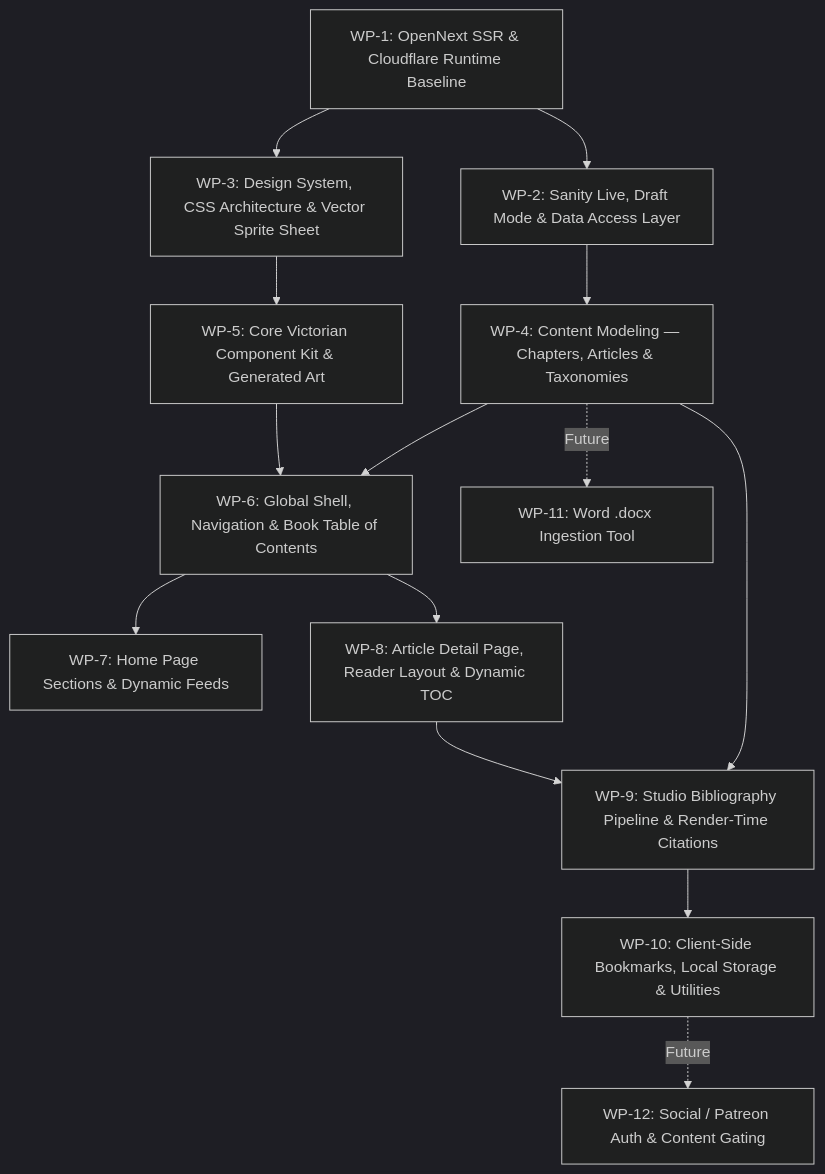
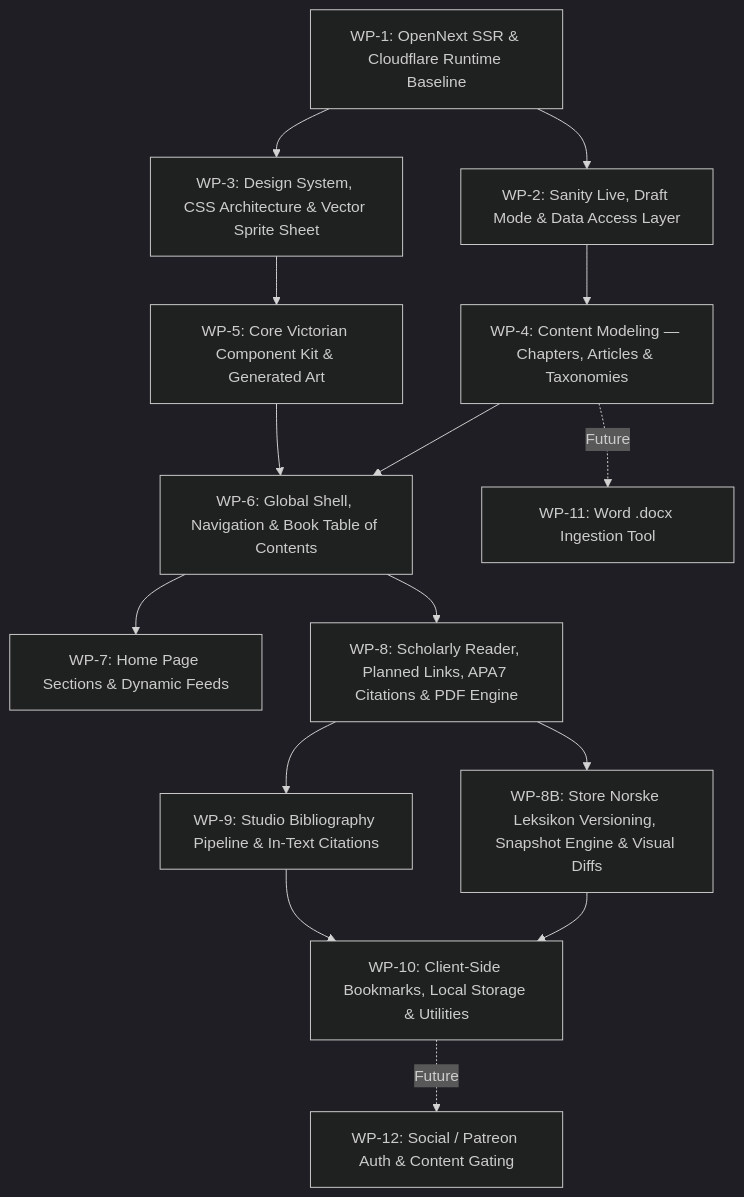
One commit to magneb/biotech-knowledge-blog changed the diagram in BACKLOG.md. Above: the diagram before and after it, drawn with Mermaid (dark theme). The commit also changed other lines of this file and 1 other file, not shown here.

Commit message:
docs: formalize WP-8 and WP-8B architecture, versioning, citations, and PDF engine

````diff
--- a/BACKLOG.md
+++ b/BACKLOG.md
@@ -9,16 +9,17 @@
 ```mermaid
 graph TD
     WP1[WP-1: OpenNext SSR & Cloudflare Runtime Baseline] --> WP2[WP-2: Sanity Live, Draft Mode & Data Access Layer]
     WP1 --> WP3[WP-3: Design System, CSS Architecture & Vector Sprite Sheet]
     WP2 --> WP4[WP-4: Content Modeling — Chapters, Articles & Taxonomies]
     WP3 --> WP5[WP-5: Core Victorian Component Kit & Generated Art]
     WP4 --> WP6[WP-6: Global Shell, Navigation & Book Table of Contents]
     WP5 --> WP6
     WP6 --> WP7[WP-7: Home Page Sections & Dynamic Feeds]
-    WP6 --> WP8[WP-8: Article Detail Page, Reader Layout & Dynamic TOC]
-    WP4 --> WP9[WP-9: Studio Bibliography Pipeline & Render-Time Citations]
-    WP8 --> WP9
-    WP9 --> WP10[WP-10: Client-Side Bookmarks, Local Storage & Utilities]
+    WP6 --> WP8[WP-8: Scholarly Reader, Planned Links, APA7 Citations & PDF Engine]
+    WP8 --> WP8B[WP-8B: Store Norske Leksikon Versioning, Snapshot Engine & Visual Diffs]
+    WP8 --> WP9[WP-9: Studio Bibliography Pipeline & In-Text Citations]
+    WP8B --> WP10[WP-10: Client-Side Bookmarks, Local Storage & Utilities]
+    WP9 --> WP10
     WP4 -. Future .-> WP11[WP-11: Word .docx Ingestion Tool]
     WP10 -. Future .-> WP12[WP-12: Social / Patreon Auth & Content Gating]
 ```
````
